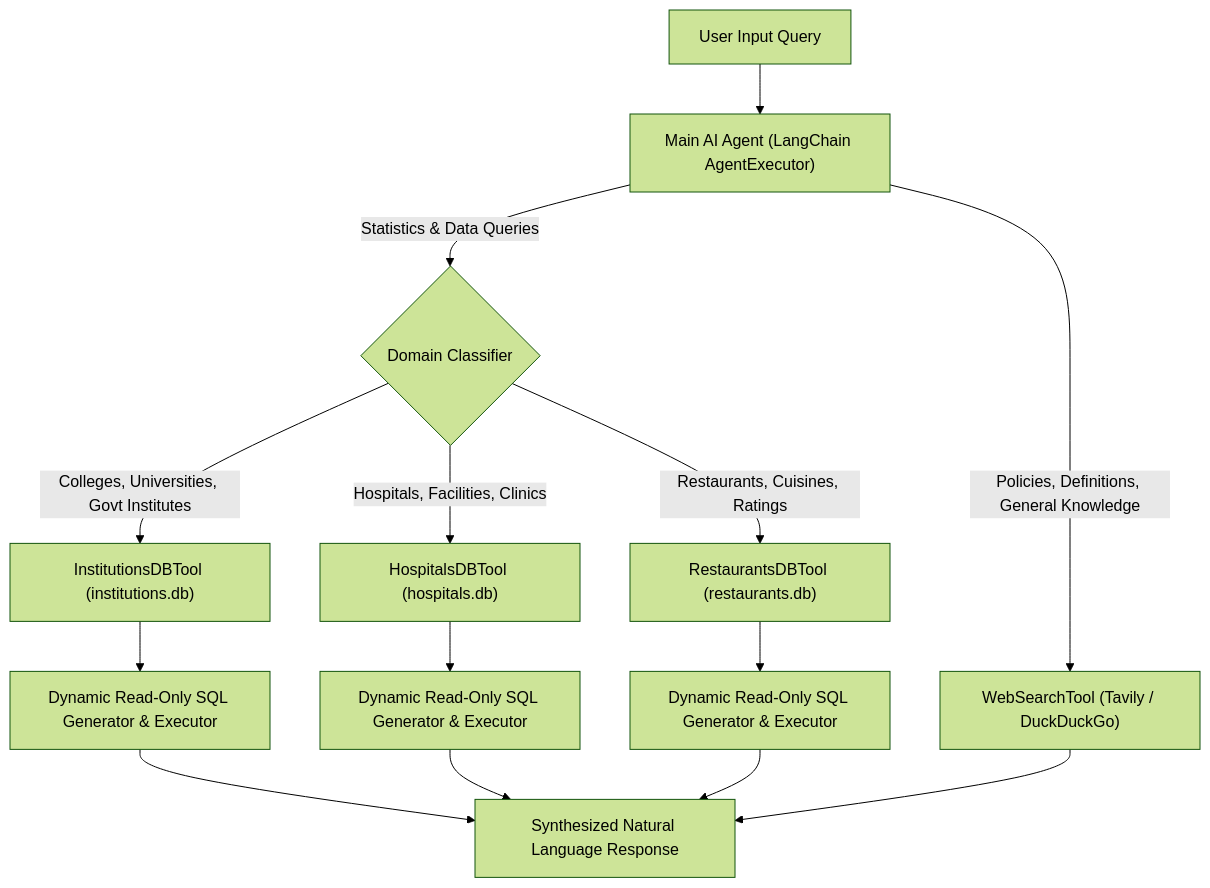
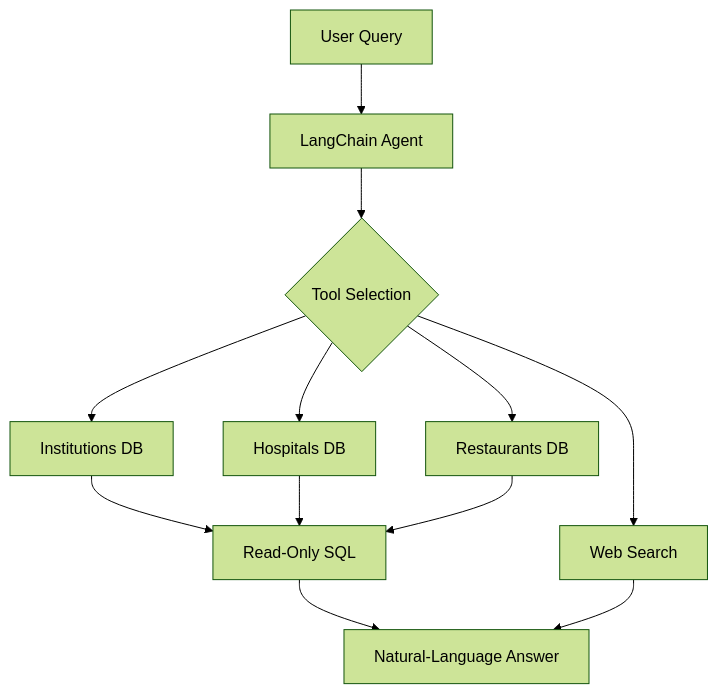
Before and after one commit to tamimkhan887/Bangladesh-Multi-Domain-Intelligent-AI-Agent: the diagram in README.md, drawn with Mermaid (forest theme). The commit also changed other lines of this file, not shown here.

````diff
--- a/README.md
+++ b/README.md
@@ -29,20 +33,14 @@
 ```mermaid
 flowchart TD
-    UserQuery["User Input Query"] --> Agent["Main AI Agent (LangChain AgentExecutor)"]
-    
-    Agent -->|"Statistics & Data Queries"| DBRouter{"Domain Classifier"}
-    DBRouter -->|"Colleges, Universities, Govt Institutes"| InstTool["InstitutionsDBTool (institutions.db)"]
-    DBRouter -->|"Hospitals, Facilities, Clinics"| HospTool["HospitalsDBTool (hospitals.db)"]
-    DBRouter -->|"Restaurants, Cuisines, Ratings"| RestTool["RestaurantsDBTool (restaurants.db)"]
-    
-    Agent -->|"Policies, Definitions, General Knowledge"| WebTool["WebSearchTool (Tavily / DuckDuckGo)"]
-    
-    InstTool --> SQL1["Dynamic Read-Only SQL Generator & Executor"]
-    HospTool --> SQL2["Dynamic Read-Only SQL Generator & Executor"]
-    RestTool --> SQL3["Dynamic Read-Only SQL Generator & Executor"]
-    
-    SQL1 --> FinalAnswer["Synthesized Natural Language Response"]
-    SQL2 --> FinalAnswer
-    SQL3 --> FinalAnswer
-    WebTool --> FinalAnswer
+    A["User Query"] --> B["LangChain Agent"]
+    B --> C{"Tool Selection"}
+    C --> D["Institutions DB"]
+    C --> E["Hospitals DB"]
+    C --> F["Restaurants DB"]
+    C --> G["Web Search"]
+    D --> H["Read-Only SQL"]
+    E --> H
+    F --> H
+    H --> I["Natural-Language Answer"]
+    G --> I
 ```
````
